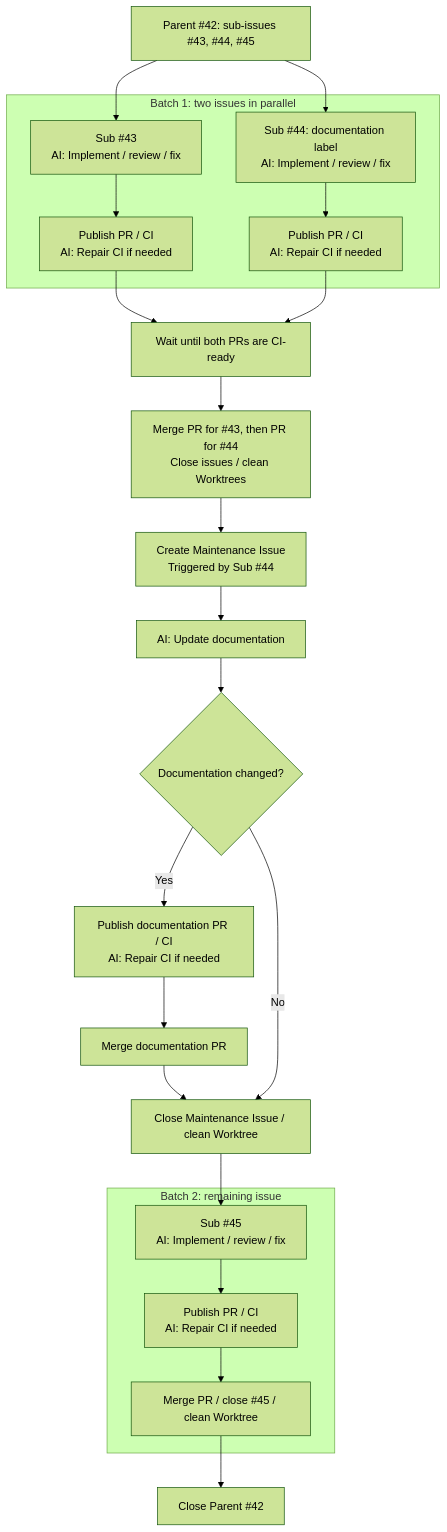
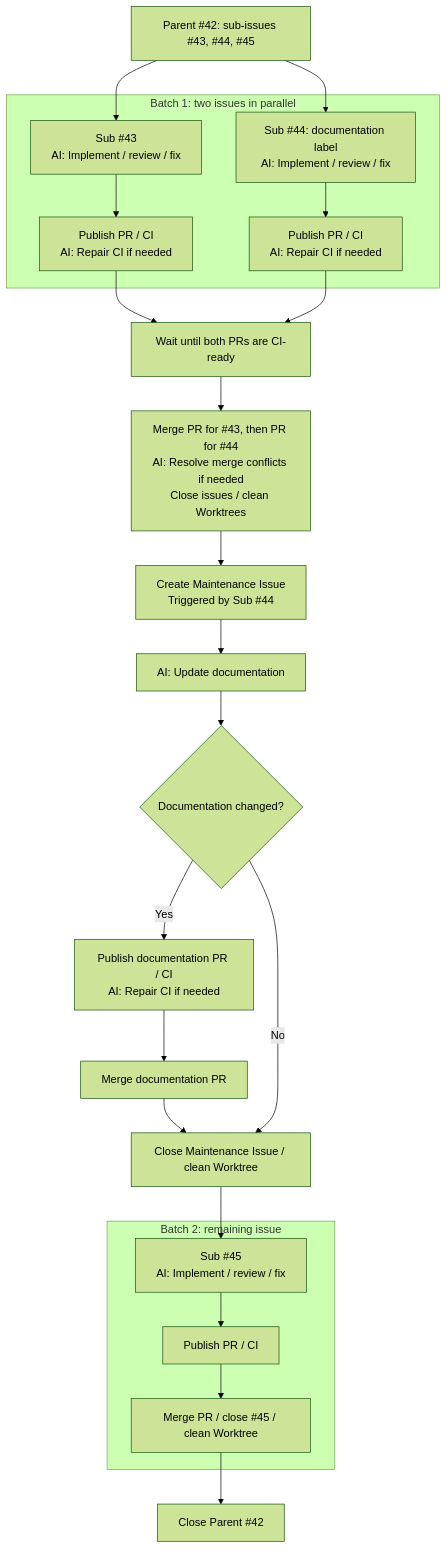
The diagram in README.md (BuddyLabsCo/sandcastle-runner), drawn with Mermaid (forest theme) before and after one commit. The commit also changed other lines of this file, not shown here.

Commit message:
Refactor README to streamline content
Removed redundant information about Runner's OS support and npm package details.

````diff
--- a/README.md
+++ b/README.md
@@ -17,23 +24,23 @@
 ```mermaid
 flowchart TD
     P["Parent #42: sub-issues #43, #44, #45"] --> A43 & A44
     subgraph B1["Batch 1: two issues in parallel"]
         A43["Sub #43<br/>AI: Implement / review / fix"] --> C43["Publish PR / CI<br/>AI: Repair CI if needed"]
         A44["Sub #44: documentation label<br/>AI: Implement / review / fix"] --> C44["Publish PR / CI<br/>AI: Repair CI if needed"]
     end
     C43 & C44 --> G["Wait until both PRs are CI-ready"]
-    G --> M["Merge PR for #43, then PR for #44<br/>Close issues / clean Worktrees"]
+    G --> M["Merge PR for #43, then PR for #44<br/>AI: Resolve merge conflicts if needed<br/>Close issues / clean Worktrees"]
     M --> D["Create Maintenance Issue<br/>Triggered by Sub #44"]
     D --> U["AI: Update documentation"]
     U --> Q{"Documentation changed?"}
     Q -- Yes --> DC["Publish documentation PR / CI<br/>AI: Repair CI if needed"]
     DC --> DM["Merge documentation PR"]
     DM --> DF["Close Maintenance Issue / clean Worktree"]
     Q -- No --> DF
     DF --> A45
     subgraph B2["Batch 2: remaining issue"]
-        A45["Sub #45<br/>AI: Implement / review / fix"] --> C45["Publish PR / CI<br/>AI: Repair CI if needed"]
+        A45["Sub #45<br/>AI: Implement / review / fix"] --> C45["Publish PR / CI"]
         C45 --> M45["Merge PR / close #45 / clean Worktree"]
     end
     M45 --> F["Close Parent #42"]
 ```
````
